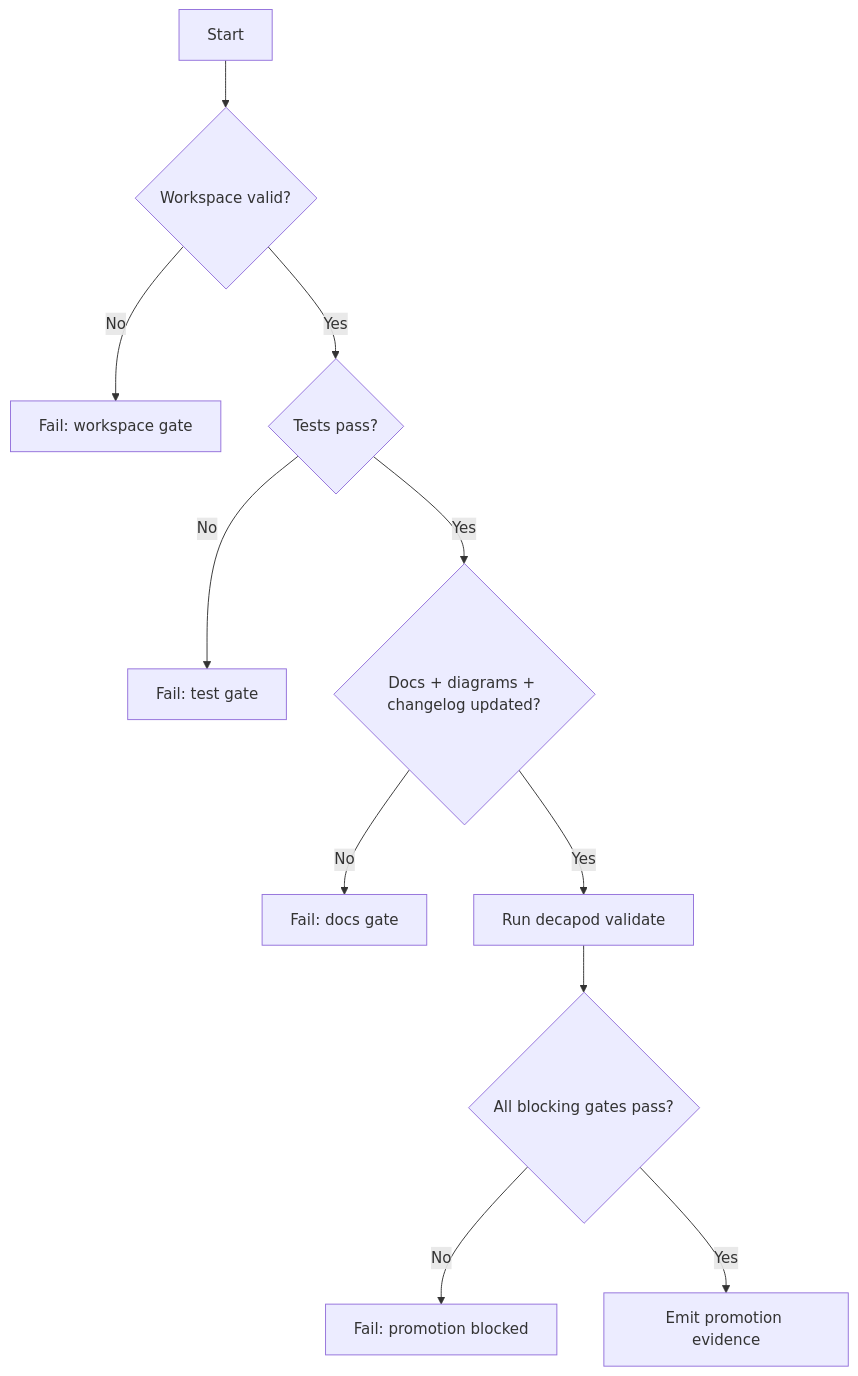
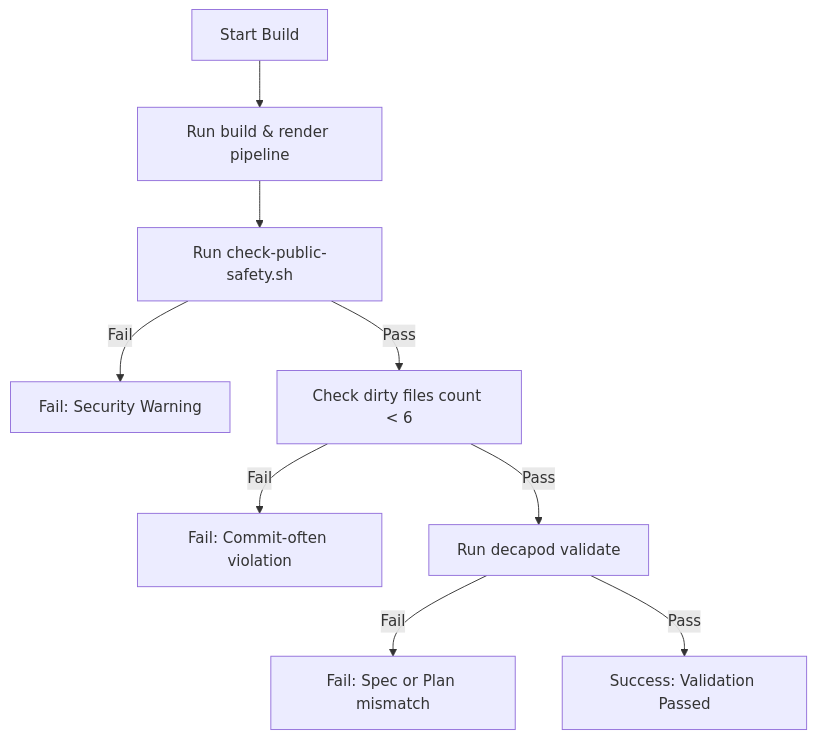
One commit to alexhraber/agentic-sdlc-intake-attack changed the diagram in .decapod/generated/specs/VALIDATION.md. Above: the diagram before and after it, drawn with Mermaid. The commit also changed other lines of this file and 8 other files, not shown here.

````diff
--- a/.decapod/generated/specs/VALIDATION.md
+++ b/.decapod/generated/specs/VALIDATION.md
@@ -28,13 +20,11 @@
 ```mermaid
 flowchart TD
-  S[Start] --> W{Workspace valid?}
-  W -->|No| F1[Fail: workspace gate]
-  W -->|Yes| T{Tests pass?}
-  T -->|No| F2[Fail: test gate]
-  T -->|Yes| D{Docs + diagrams + changelog updated?}
-  D -->|No| F3[Fail: docs gate]
-  D -->|Yes| V[Run decapod validate]
-  V --> P{All blocking gates pass?}
-  P -->|No| F4[Fail: promotion blocked]
-  P -->|Yes| E[Emit promotion evidence]
+  S[Start Build] --> P[Run build & render pipeline]
+  P --> C[Run check-public-safety.sh]
+  C -->|Fail| F1[Fail: Security Warning]
+  C -->|Pass| G[Check dirty files count < 6]
+  G -->|Fail| F2[Fail: Commit-often violation]
+  G -->|Pass| V[Run decapod validate]
+  V -->|Fail| F3[Fail: Spec or Plan mismatch]
+  V -->|Pass| E[Success: Validation Passed]
 ```
````
